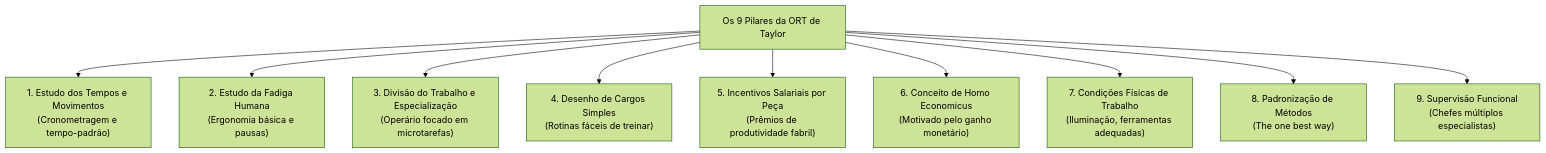
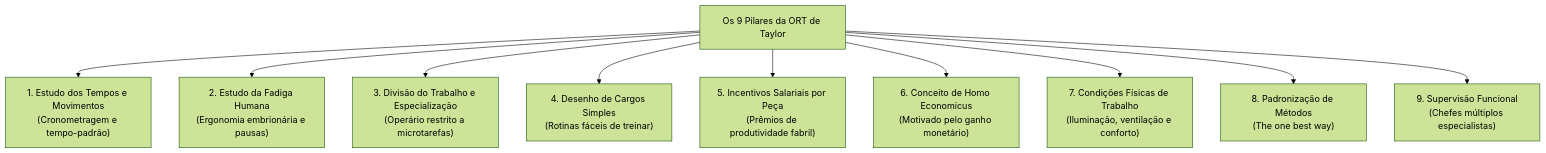
The first of 5 diagrams in fontes_de_estudo/conhecimentos_especificos_a01_tecnico_administrativo/22_administracao_geral/02_organizacao_racional_do_trabalho_estruturas_e_ambientes.md (thiagosantos346/TCE-GO-2027), drawn with Mermaid (forest theme) before and after one commit. The commit also changed other lines of this file and 119 other files, not shown here.

````diff
--- a/fontes_de_estudo/conhecimentos_especificos_a01_tecnico_administrativo/22_administracao_geral/02_organizacao_racional_do_trabalho_estruturas_e_ambientes.md
+++ b/fontes_de_estudo/conhecimentos_especificos_a01_tecnico_administrativo/22_administracao_geral/02_organizacao_racional_do_trabalho_estruturas_e_ambientes.md
@@ -80,14 +53,14 @@
 ```mermaid
 flowchart TD
     ORT["Os 9 Pilares da ORT de Taylor"]
     
     ORT --> P1["1. Estudo dos Tempos e Movimentos<br/>(Cronometragem e tempo-padrão)"]
-    ORT --> P2["2. Estudo da Fadiga Humana<br/>(Ergonomia básica e pausas)"]
-    ORT --> P3["3. Divisão do Trabalho e Especialização<br/>(Operário focado em microtarefas)"]
+    ORT --> P2["2. Estudo da Fadiga Humana<br/>(Ergonomia embrionária e pausas)"]
+    ORT --> P3["3. Divisão do Trabalho e Especialização<br/>(Operário restrito a microtarefas)"]
     ORT --> P4["4. Desenho de Cargos Simples<br/>(Rotinas fáceis de treinar)"]
     ORT --> P5["5. Incentivos Salariais por Peça<br/>(Prêmios de produtividade fabril)"]
     ORT --> P6["6. Conceito de Homo Economicus<br/>(Motivado pelo ganho monetário)"]
-    ORT --> P7["7. Condições Físicas de Trabalho<br/>(Iluminação, ferramentas adequadas)"]
+    ORT --> P7["7. Condições Físicas de Trabalho<br/>(Iluminação, ventilação e conforto)"]
     ORT --> P8["8. Padronização de Métodos<br/>(The one best way)"]
     ORT --> P9["9. Supervisão Funcional<br/>(Chefes múltiplos especialistas)"]
 ```
````
